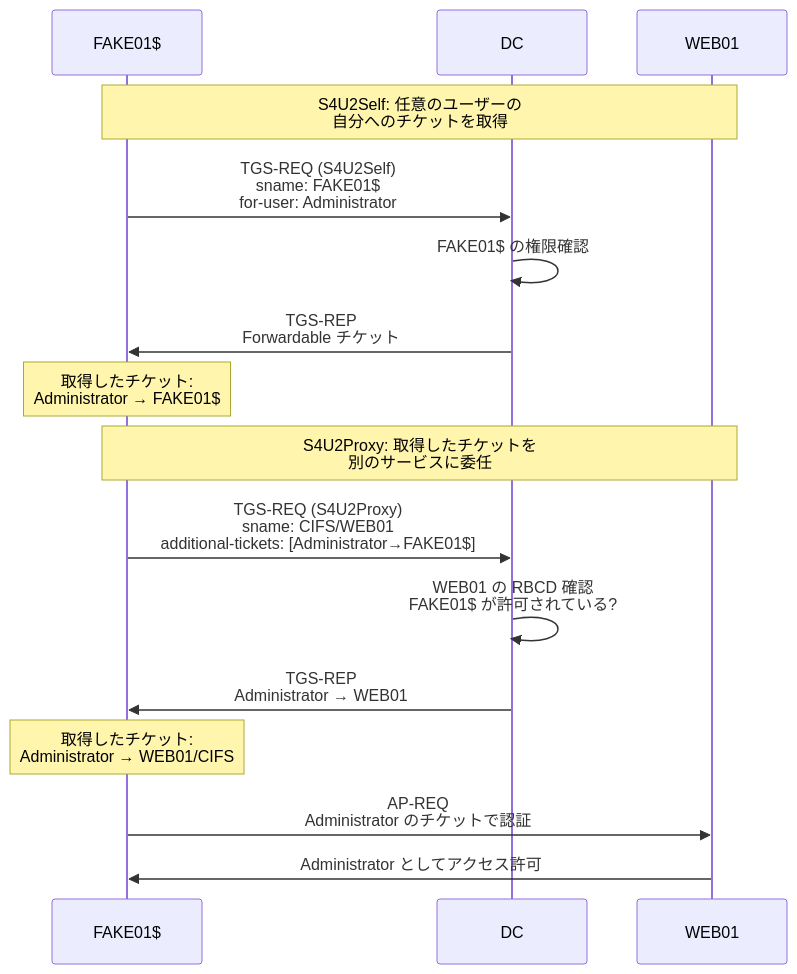
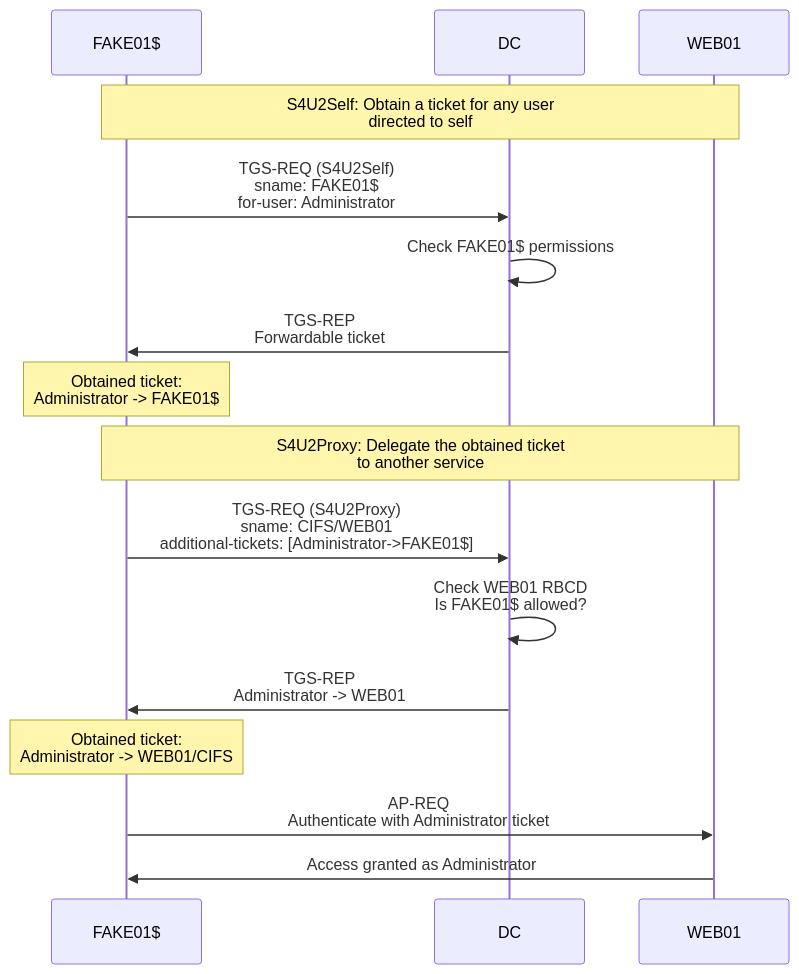
The fourth of 6 diagrams in _posts/2026-03-03-tech-rbcd-attack-guide.md (morimori-dev/morimori-dev.github.io), drawn with Mermaid before and after one commit. The commit also changed other lines of this file and 1 other file, not shown here.

Commit message:
Translate ADCS and RBCD tech posts to English

````diff
--- a/_posts/2026-03-03-tech-rbcd-attack-guide.md
+++ b/_posts/2026-03-03-tech-rbcd-attack-guide.md
@@ -191,25 +192,25 @@
 ```mermaid
 sequenceDiagram
     participant A as FAKE01$
     participant DC as DC
     participant T as WEB01
-    
-    Note over A,T: S4U2Self: 任意のユーザーの<br/>自分へのチケットを取得
-    
+
+    Note over A,T: S4U2Self: Obtain a ticket for any user<br/>directed to self
+
     A->>DC: TGS-REQ (S4U2Self)<br/>sname: FAKE01$<br/>for-user: Administrator
-    DC->>DC: FAKE01$ の権限確認
-    DC->>A: TGS-REP<br/>Forwardable チケット
-    
-    Note over A: 取得したチケット:<br/>Administrator → FAKE01$
-    
-    Note over A,T: S4U2Proxy: 取得したチケットを<br/>別のサービスに委任
-    
-    A->>DC: TGS-REQ (S4U2Proxy)<br/>sname: CIFS/WEB01<br/>additional-tickets: [Administrator→FAKE01$]
-    DC->>DC: WEB01 の RBCD 確認<br/>FAKE01$ が許可されている?
-    DC->>A: TGS-REP<br/>Administrator → WEB01
-    
-    Note over A: 取得したチケット:<br/>Administrator → WEB01/CIFS
-    
-    A->>T: AP-REQ<br/>Administrator のチケットで認証
-    T->>A: Administrator としてアクセス許可
+    DC->>DC: Check FAKE01$ permissions
+    DC->>A: TGS-REP<br/>Forwardable ticket
+
+    Note over A: Obtained ticket:<br/>Administrator -> FAKE01$
+
+    Note over A,T: S4U2Proxy: Delegate the obtained ticket<br/>to another service
+
+    A->>DC: TGS-REQ (S4U2Proxy)<br/>sname: CIFS/WEB01<br/>additional-tickets: [Administrator->FAKE01$]
+    DC->>DC: Check WEB01 RBCD<br/>Is FAKE01$ allowed?
+    DC->>A: TGS-REP<br/>Administrator -> WEB01
+
+    Note over A: Obtained ticket:<br/>Administrator -> WEB01/CIFS
+
+    A->>T: AP-REQ<br/>Authenticate with Administrator ticket
+    T->>A: Access granted as Administrator
 ```
````
